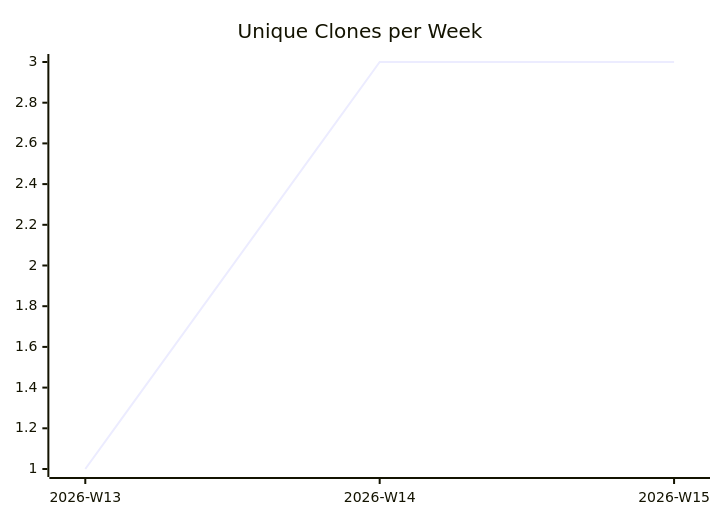
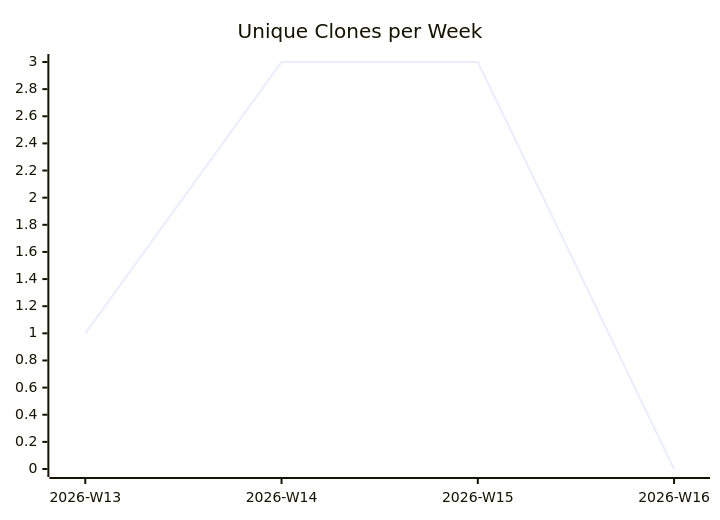
Before and after one commit to justdavis-family/github-analytics-data: the third of 3 diagrams in karlmdavis/puppet-sonar/README.md, drawn with Mermaid. The commit also changed other lines of this file and 176 other files, not shown here.

````diff
--- a/karlmdavis/puppet-sonar/README.md
+++ b/karlmdavis/puppet-sonar/README.md
@@ -19,6 +19,6 @@
 ```mermaid
 xychart-beta
   title "Unique Clones per Week"
-  x-axis ["2026-W13", "2026-W14", "2026-W15"]
-  line [1, 3, 3]
+  x-axis ["2026-W13", "2026-W14", "2026-W15", "2026-W16"]
+  line [1, 3, 3, 0]
 ```
````
